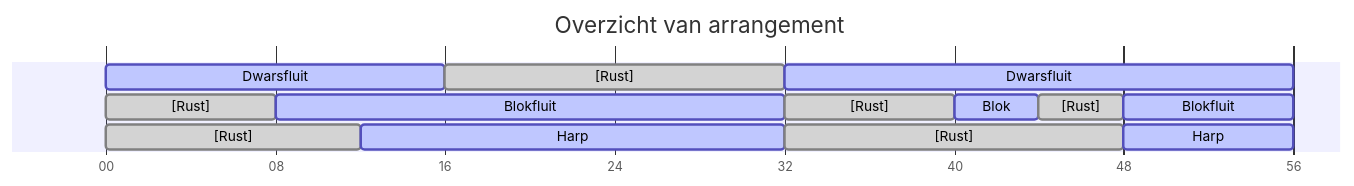
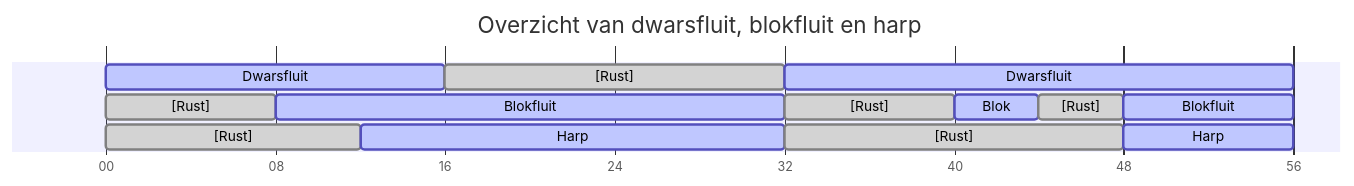
One commit to macabot/gorillaz-mountain changed the diagram in src/diagrams/overview-flute-recorder-harp.mmd. Above: the diagram before and after it, drawn with Mermaid. The commit also changed 8 other files, not shown here.

```diff
--- a/src/diagrams/overview-flute-recorder-harp.mmd
+++ b/src/diagrams/overview-flute-recorder-harp.mmd
@@ -1,24 +1,24 @@
 ---
 displayMode: compact
 ---
 gantt
-    title Overzicht van arrangement
+    title Overzicht van dwarsfluit, blokfluit en harp
     dateFormat mm:ss
     axisFormat %S
     tickInterval 8second
 
     Dwarsfluit          :active, 00:00, 00:16
     [Rust]              :done,   00:16, 00:32
     Dwarsfluit          :active, 00:32, 00:56
 
     [Rust]              :done,   00:00, 00:08
     Blokfluit           :active, 00:08, 00:32
     [Rust]              :done,   00:32, 00:40
     Blok                :active, 00:40, 00:44
     [Rust]              :done,   00:44, 00:48
     Blokfluit           :active, 00:48, 00:56
 
     [Rust]              :done,   00:00, 00:12
     Harp                :active, 00:12, 00:32
     [Rust]              :done,   00:32, 00:48
     Harp                :active, 00:48, 00:56
```
